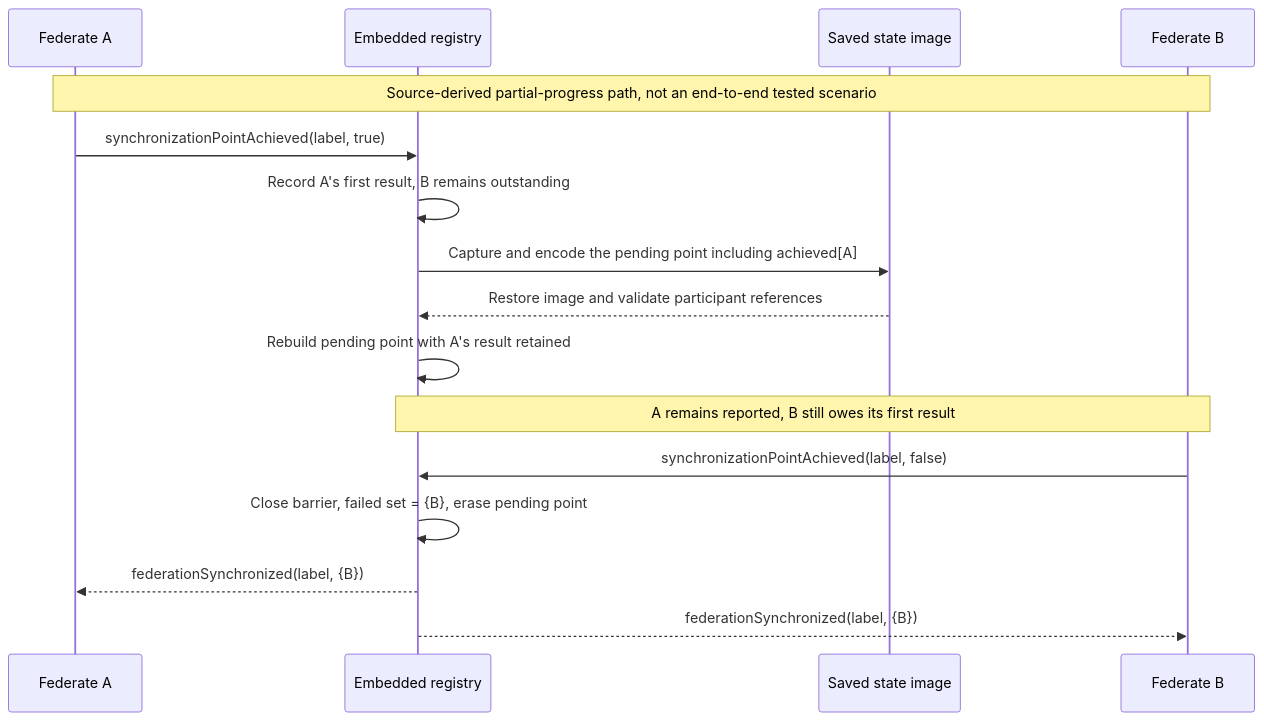
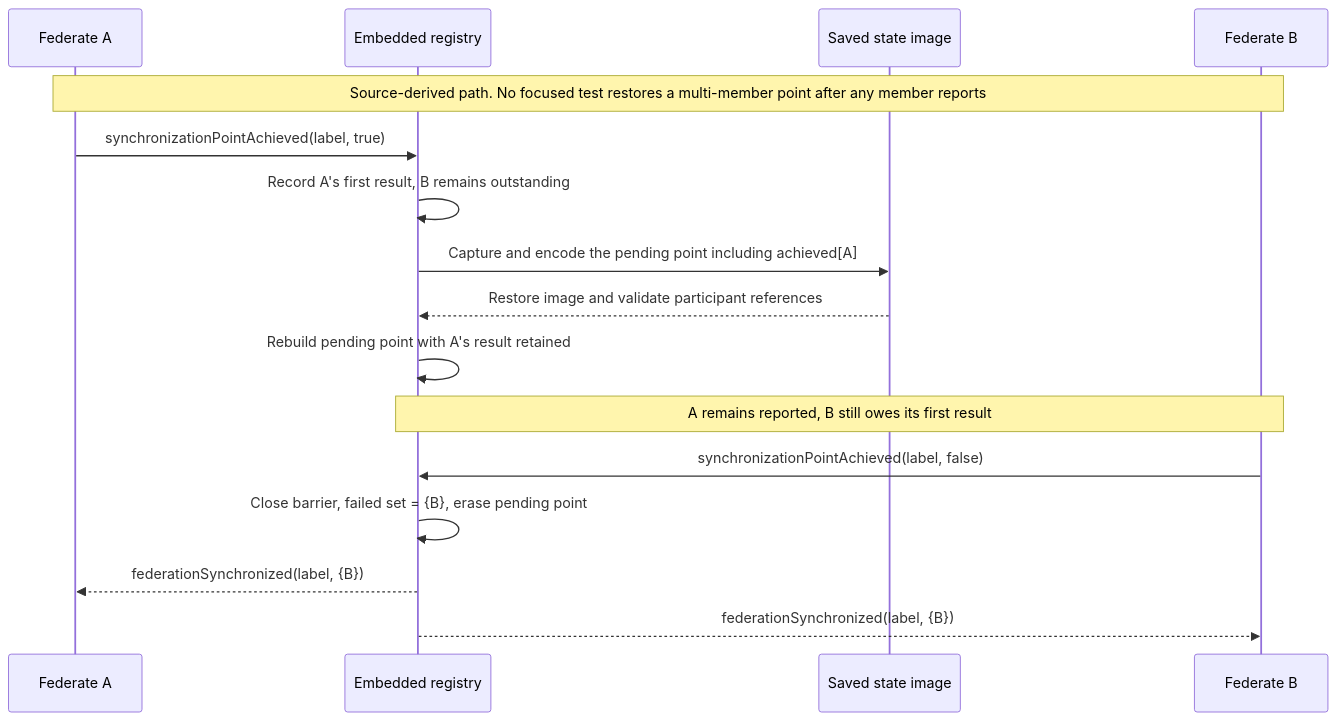
Before and after one commit to sheepfling/umbra: diagram 18 of 21 in docs/design/HLA-2025-FEDERATION-SYNCHRONIZATION-FLOW-GUIDE.md, drawn with Mermaid. The commit also changed other lines of this file and 39 other files, not shown here.

Commit message:
Document IEEE 1516.1-2025 behavior flows

````diff
--- a/docs/design/HLA-2025-FEDERATION-SYNCHRONIZATION-FLOW-GUIDE.md
+++ b/docs/design/HLA-2025-FEDERATION-SYNCHRONIZATION-FLOW-GUIDE.md
@@ -478,18 +1020,18 @@
 ```mermaid
 sequenceDiagram
   participant A as Federate A
   participant RTI as Embedded registry
   participant Image as Saved state image
   participant B as Federate B
-  Note over A,B: Source-derived partial-progress path, not an end-to-end tested scenario
+  Note over A,B: Source-derived path. No focused test restores a multi-member point after any member reports
   A->>RTI: synchronizationPointAchieved(label, true)
   RTI->>RTI: Record A's first result, B remains outstanding
   RTI->>Image: Capture and encode the pending point including achieved[A]
   Image-->>RTI: Restore image and validate participant references
   RTI->>RTI: Rebuild pending point with A's result retained
   Note over RTI,B: A remains reported, B still owes its first result
   B->>RTI: synchronizationPointAchieved(label, false)
   RTI->>RTI: Close barrier, failed set = {B}, erase pending point
   RTI-->>A: federationSynchronized(label, {B})
   RTI-->>B: federationSynchronized(label, {B})
 ```
````
